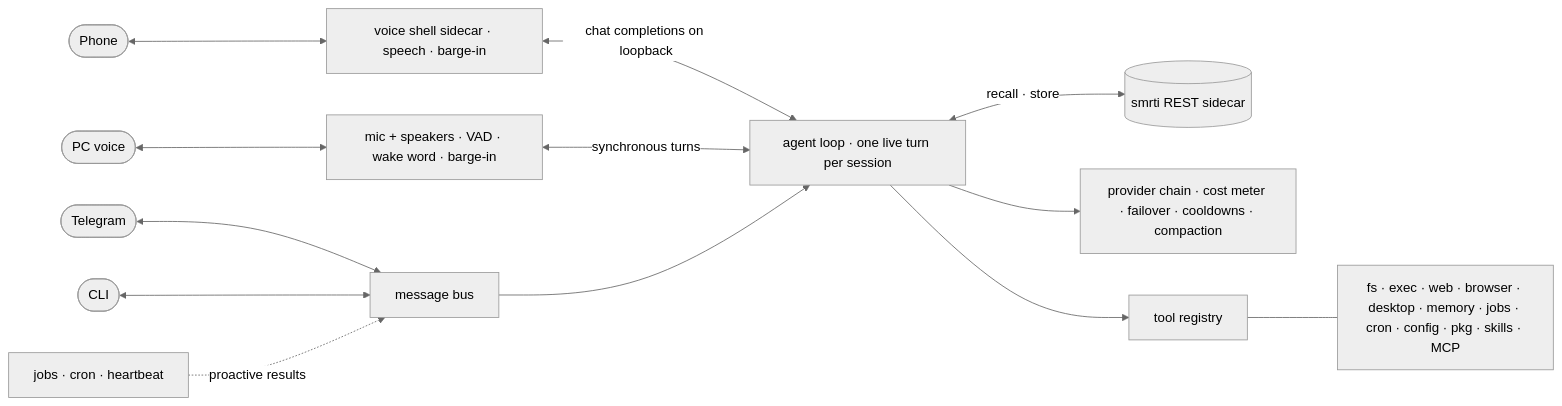
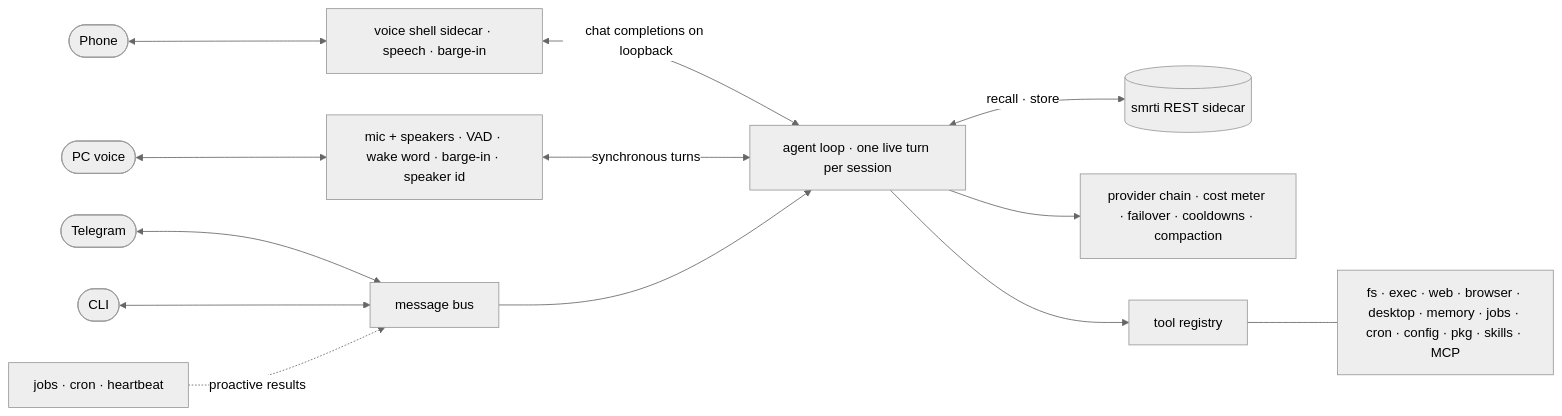
The first of 2 diagrams in README.md (cyqlelabs/factor), drawn with Mermaid (neutral theme) before and after one commit. The commit also changed other lines of this file, not shown here.

First line of the commit message:
docs(readme): document speaker separation and the shared room

````diff
--- a/README.md
+++ b/README.md
@@ -51,15 +52,15 @@
 ```mermaid
 flowchart LR
     TG([Telegram]) <--> BUS
     CLI([CLI]) <--> BUS
     PH([Phone]) <--> SHELL["voice shell sidecar · speech · barge-in"]
     SHELL <-->|chat completions on loopback| LOOP
-    PC([PC voice]) <--> MIC["mic + speakers · VAD · wake word · barge-in"]
+    PC([PC voice]) <--> MIC["mic + speakers · VAD · wake word · barge-in · speaker id"]
     MIC <-->|synchronous turns| LOOP
     BUS[message bus] --> LOOP["agent loop · one live turn per session"]
     LOOP <-->|recall · store| MEM[("smrti REST sidecar")]
     LOOP --> PROV["provider chain · cost meter · failover · cooldowns · compaction"]
     LOOP --> REG[tool registry]
     REG --- SUITES["fs · exec · web · browser · desktop · memory · jobs · cron · config · pkg · skills · MCP"]
     BG[jobs · cron · heartbeat] -.->|proactive results| BUS
 ```
````
